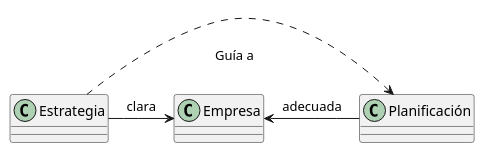
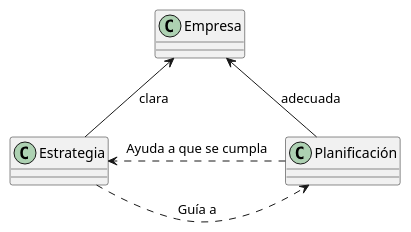
One commit to marcosvarona/DSI-22-23 changed the diagram in puml.source/empresaEstrategiaPlanificacion2.puml. Above: the diagram before and after it, drawn with PlantUML. The commit also changed other lines of this file and 1 other file, not shown here.

Commit message:
EstrategiaEmpresaPlanificacion

```diff
--- a/puml.source/empresaEstrategiaPlanificacion2.puml
+++ b/puml.source/empresaEstrategiaPlanificacion2.puml
@@ -1,7 +1,10 @@
 class Empresa
 
 
-Estrategia --r-> Empresa:clara
-Planificación --l-> Empresa:adecuada
 
-Estrategia ..r..> Planificación: \n\nGuía a
+
+Estrategia -u-> Empresa:clara
+Planificación -u-> Empresa:adecuada
+
+Estrategia .r.> Planificación: \n\nGuía a
+Planificación ..> Estrategia: \n\nAyuda a que se cumpla
```
